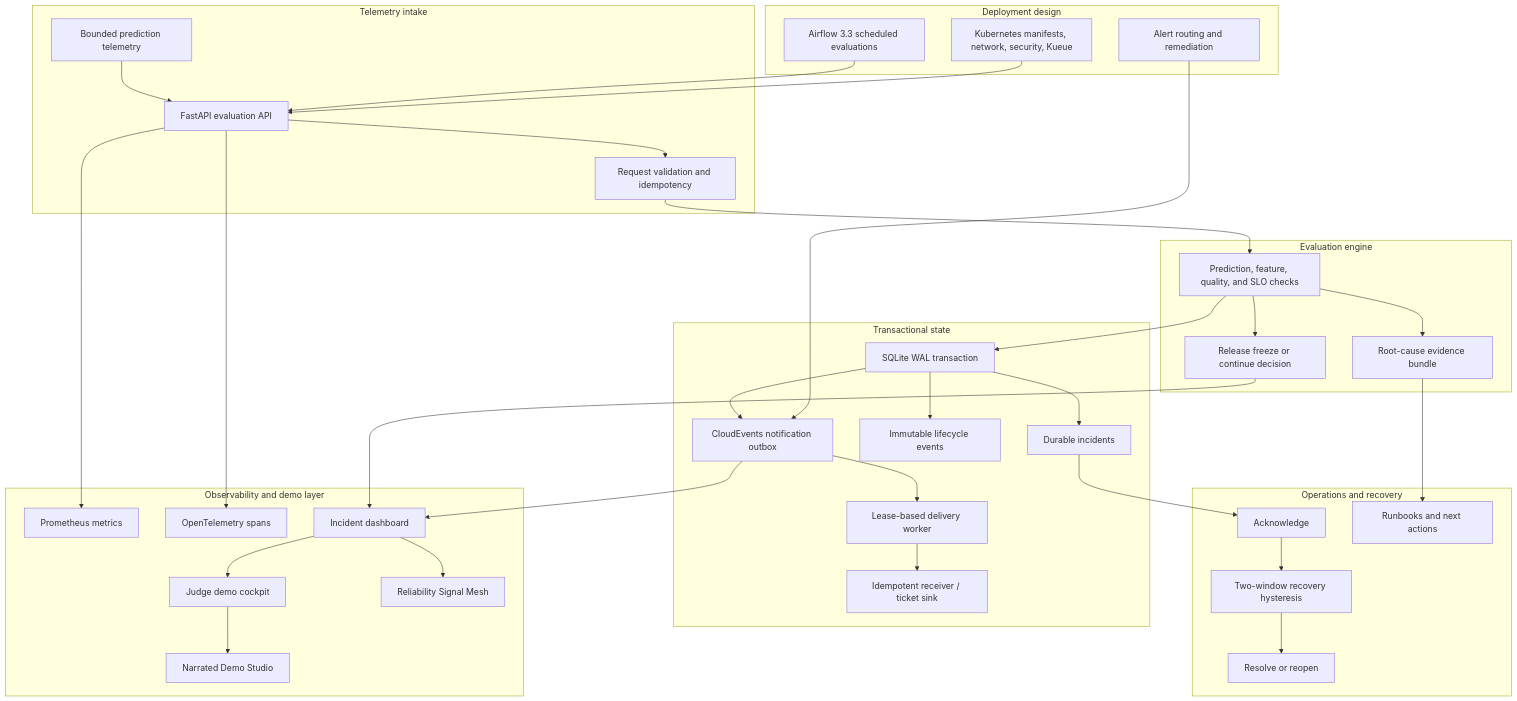
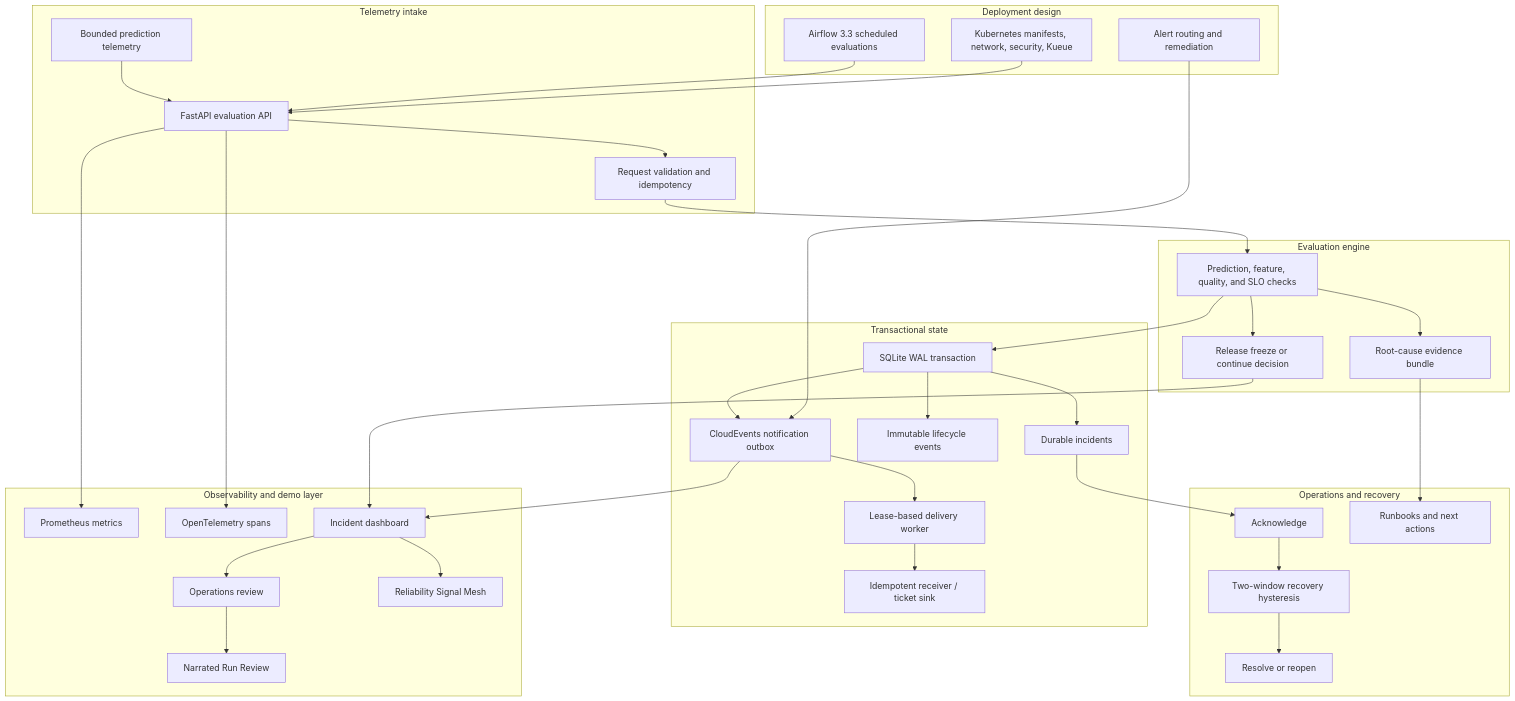
The diagram in docs/study-guide.md (kevinmeix1/model-observability-incident-platform), drawn with Mermaid before and after one commit. The commit also changed other lines of this file and 35 other files, not shown here.

````diff
--- a/docs/study-guide.md
+++ b/docs/study-guide.md
@@ -7,45 +9,45 @@
 ```mermaid
 flowchart TB
   subgraph INGEST["Telemetry intake"]
     PRED["Bounded prediction telemetry"] --> API["FastAPI evaluation API"]
     API --> VALIDATE["Request validation and idempotency"]
   end
 
   subgraph CHECKS["Evaluation engine"]
     VALIDATE --> DRIFT["Prediction, feature, quality, and SLO checks"]
     DRIFT --> RCA["Root-cause evidence bundle"]
     DRIFT --> DECISION["Release freeze or continue decision"]
   end
 
   subgraph STATE["Transactional state"]
     DRIFT --> TX["SQLite WAL transaction"]
     TX --> INCIDENTS["Durable incidents"]
     TX --> EVENTS["Immutable lifecycle events"]
     TX --> OUTBOX["CloudEvents notification outbox"]
     OUTBOX --> WORKER["Lease-based delivery worker"]
     WORKER --> RECEIVER["Idempotent receiver / ticket sink"]
   end
 
   subgraph OPS["Operations and recovery"]
     INCIDENTS --> ACK["Acknowledge"]
     ACK --> RECOVER["Two-window recovery hysteresis"]
     RECOVER --> RESOLVE["Resolve or reopen"]
     RCA --> RUNBOOK["Runbooks and next actions"]
   end
 
   subgraph OBS["Observability and demo layer"]
     API --> METRICS["Prometheus metrics"]
     API --> TRACES["OpenTelemetry spans"]
     DECISION --> DASH["Incident dashboard"]
     OUTBOX --> DASH
-    DASH --> COCKPIT["Judge demo cockpit"]
+    DASH --> COCKPIT["Operations review"]
     DASH --> MESH["Reliability Signal Mesh"]
-    COCKPIT --> NARRATED["Narrated Demo Studio"]
+    COCKPIT --> NARRATED["Narrated Run Review"]
   end
 
   subgraph K8S["Deployment design"]
     AIRFLOW["Airflow 3.3 scheduled evaluations"] --> API
     K8SCTL["Kubernetes manifests, network, security, Kueue"] --> API
     ALERTS["Alert routing and remediation"] --> OUTBOX
   end
 ```
````
